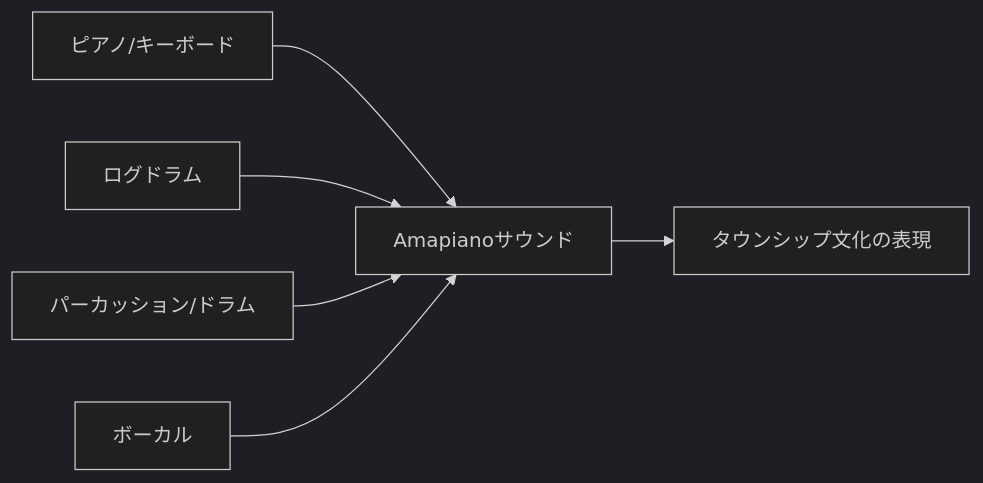
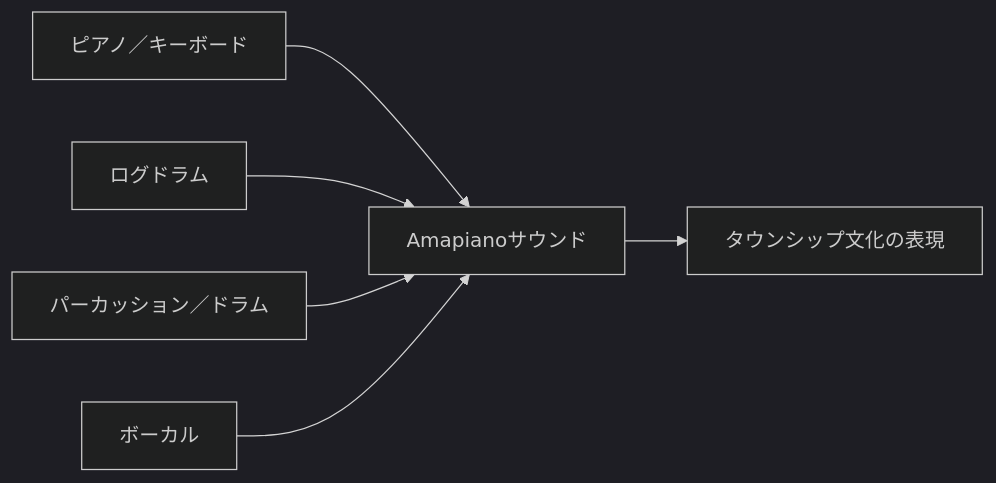
Before and after one commit to monumental-movement/monumental-movement.github.io: the first of 8 diagrams in zh-hant/_posts/2025-11-30-column-south-african-amapiano.md, drawn with Mermaid (dark theme). The commit also changed other lines of this file and 477 other files, not shown here.

```diff
--- a/zh-hant/_posts/2025-11-30-column-south-african-amapiano.md
+++ b/zh-hant/_posts/2025-11-30-column-south-african-amapiano.md
@@ -69,8 +70,8 @@
 <div class="mermaid">
 graph LR
-    P[ピアノ/キーボード] --> S[Amapianoサウンド]
-    L[ログドラム] --> S
-    D[パーカッション/ドラム] --> S
-    V[ボーカル] --> S
-    S --> G[タウンシップ文化の表現]
+    P["ピアノ／キーボード"] --> S["Amapianoサウンド"]
+    L["ログドラム"] --> S
+    D["パーカッション／ドラム"] --> S
+    V["ボーカル"] --> S
+    S --> G["タウンシップ文化の表現"]
 </div>
```
